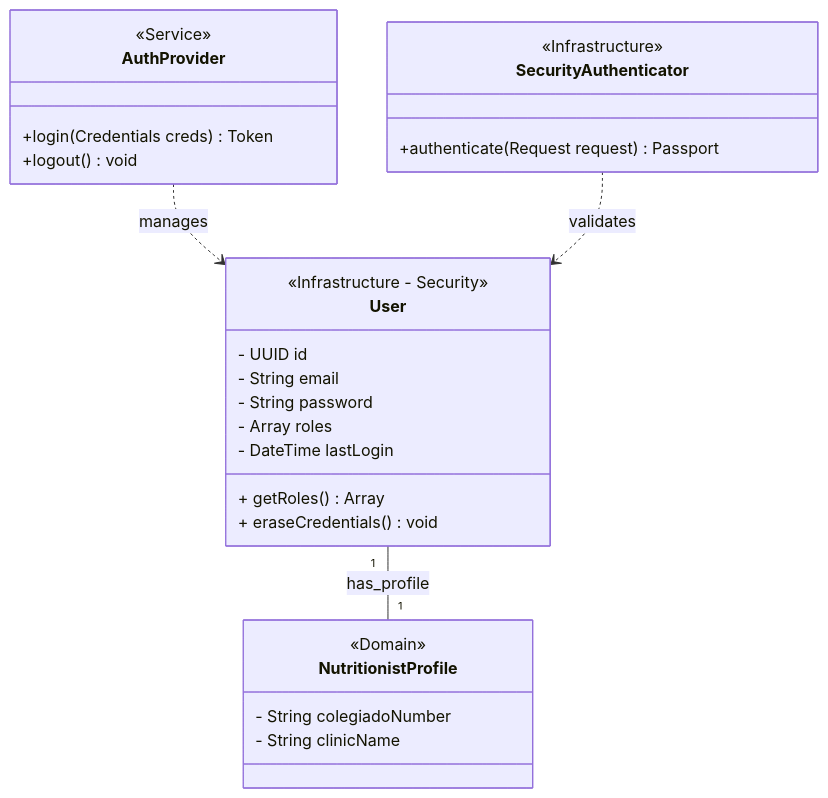
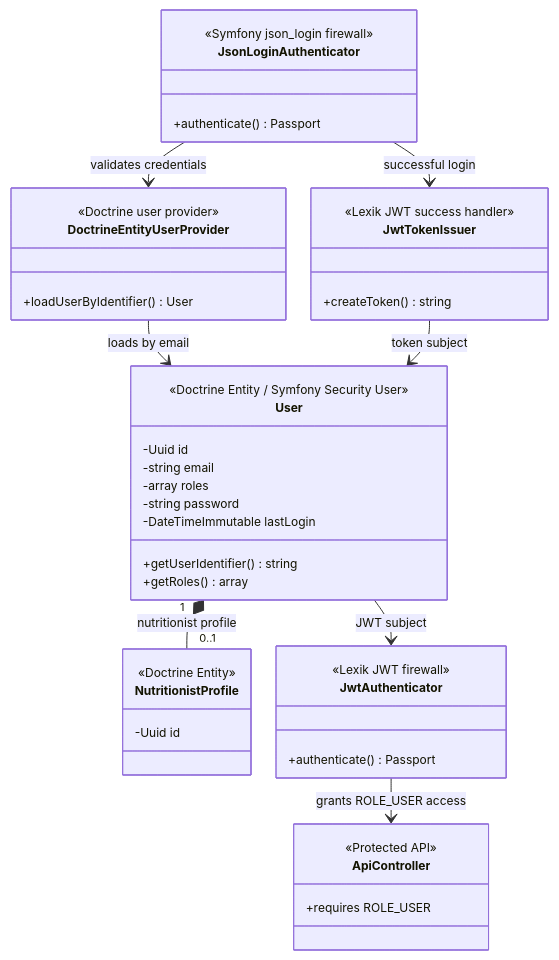
One commit to unaip1996/b2b_nutricion changed the diagram in diagrams/diagrama_seguridad_acceso.mmd. Above: the diagram before and after it, drawn with Mermaid. The commit also changed 4 other files, not shown here.

Commit message:
Updated diagrams

```diff
--- a/diagrams/diagrama_seguridad_acceso.mmd
+++ b/diagrams/diagrama_seguridad_acceso.mmd
@@ -1,32 +1,46 @@
+%%{init: {"themeVariables": {"fontSize": "12px"}, "flowchart": {"nodeSpacing": 25, "rankSpacing": 28, "useMaxWidth": false}}}%%
 classDiagram
+    %% Disenado para impresion A4 vertical.
+    direction TB
+
     class User {
-        <<Infrastructure - Security>>
-        - UUID id
-        - String email
-        - String password
-        - Array roles
-        - DateTime lastLogin
-        + getRoles() Array
-        + eraseCredentials() void
+        <<Doctrine Entity / Symfony Security User>>
+        -Uuid id
+        -string email
+        -array roles
+        -string password
+        -DateTimeImmutable lastLogin
+        +getUserIdentifier() string
+        +getRoles() array
     }
-
-    class AuthProvider {
-        <<Service>>
-        +login(Credentials creds) Token
-        +logout() void
+    class NutritionistProfile {
+        <<Doctrine Entity>>
+        -Uuid id
     }
-
-    class SecurityAuthenticator {
-        <<Infrastructure>>
-        +authenticate(Request request) Passport
+    class DoctrineEntityUserProvider {
+        <<Doctrine user provider>>
+        +loadUserByIdentifier() User
     }
-
-    class NutritionistProfile {
-        <<Domain>>
-        - String colegiadoNumber
-        - String clinicName
+    class JsonLoginAuthenticator {
+        <<Symfony json_login firewall>>
+        +authenticate() Passport
     }
-
-    User "1" -- "1" NutritionistProfile : has_profile
-    AuthProvider ..> User : manages
-    SecurityAuthenticator ..> User : validates
+    class JwtTokenIssuer {
+        <<Lexik JWT success handler>>
+        +createToken() string
+    }
+    class JwtAuthenticator {
+        <<Lexik JWT firewall>>
+        +authenticate() Passport
+    }
+    class ApiController {
+        <<Protected API>>
+        +requires ROLE_USER
+    }
+    User "1" *-- "0..1" NutritionistProfile : nutritionist profile
+    DoctrineEntityUserProvider --> User : loads by email
+    JsonLoginAuthenticator --> DoctrineEntityUserProvider : validates credentials
+    JsonLoginAuthenticator --> JwtTokenIssuer : successful login
+    JwtTokenIssuer --> User : token subject
+    User --> JwtAuthenticator : JWT subject
+    JwtAuthenticator --> ApiController : grants ROLE_USER access
```
